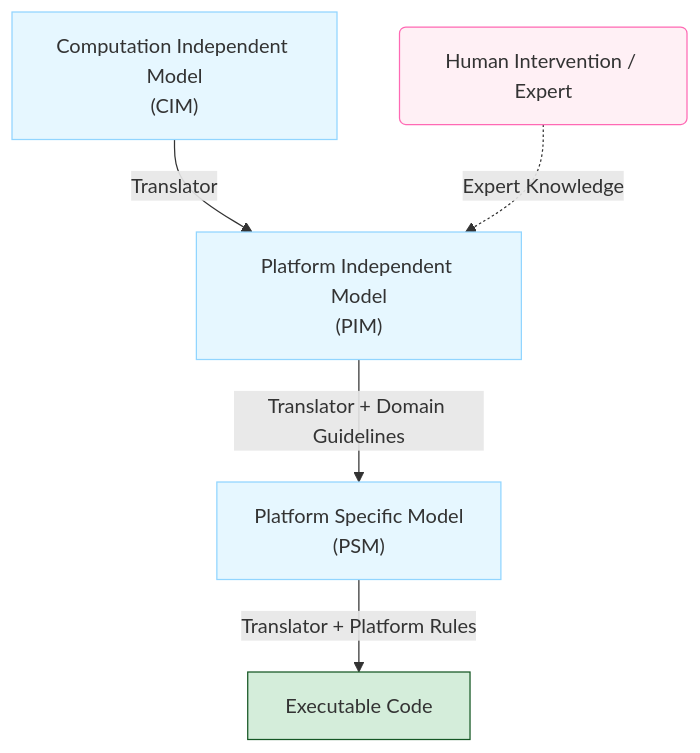
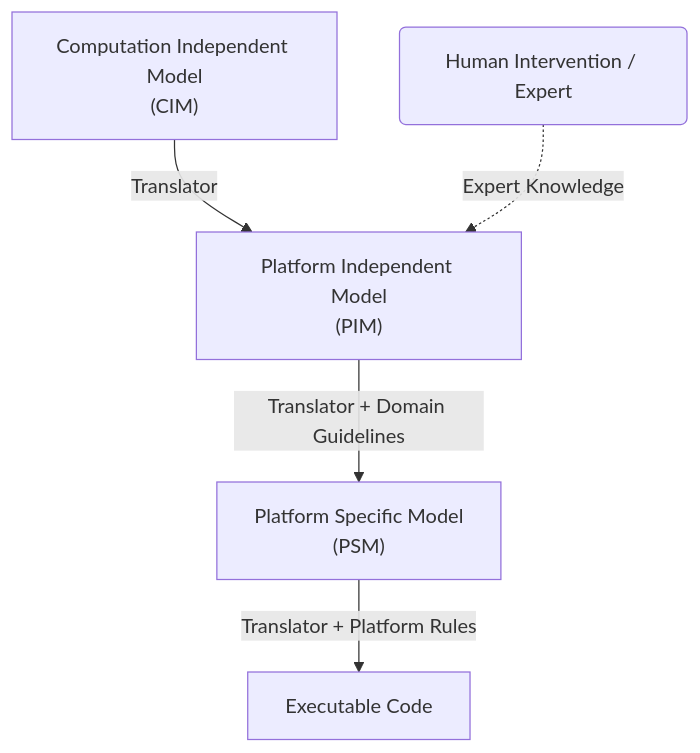
Before and after one commit to sujith-eag/sujith-library: the diagram in docs/mca/se/u21/u8.md, drawn with Mermaid. The commit also changed 41 other files, not shown here.

First line of the commit message:
Refactor diagrams and remove redundant styles in documentation

````diff
--- a/docs/mca/se/u21/u8.md
+++ b/docs/mca/se/u21/u8.md
@@ -66,16 +66,8 @@
 ```mermaid
 flowchart TD
     CIM["Computation Independent Model<br>(CIM)"] -->|Translator| PIM["Platform Independent Model<br>(PIM)"]
     PIM -->|Translator + Domain Guidelines| PSM["Platform Specific Model<br>(PSM)"]
     PSM -->|Translator + Platform Rules| EXE[Executable Code]
 
     Human("Human Intervention / Expert") -.->|Expert Knowledge| PIM
-
-    classDef process fill:#e6f7ff,stroke:#91d5ff
-    classDef success fill:#d4edda,stroke:#155724
-    classDef highlight fill:#fff0f5,stroke:#ff69b4
-
-    class CIM,PIM,PSM process
-    class EXE success
-    class Human highlight
 ```
````
